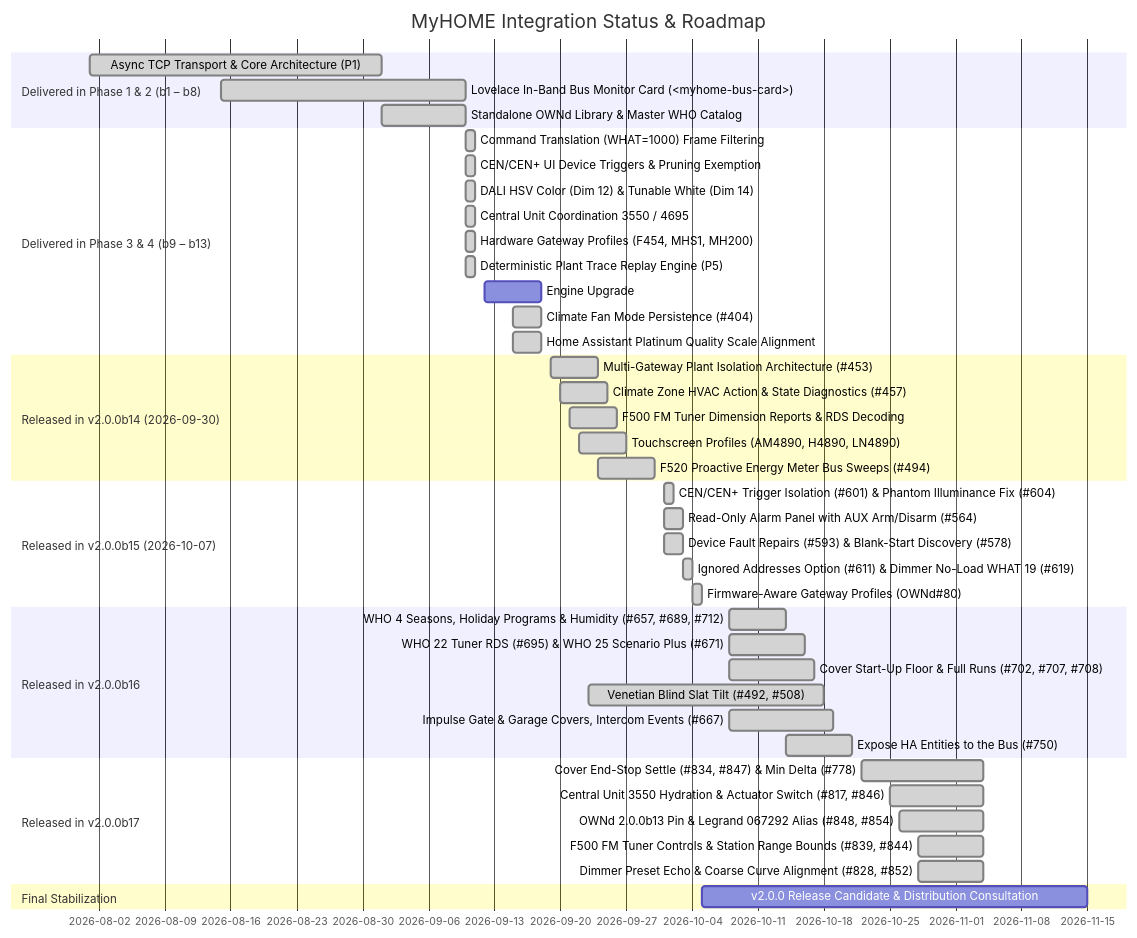
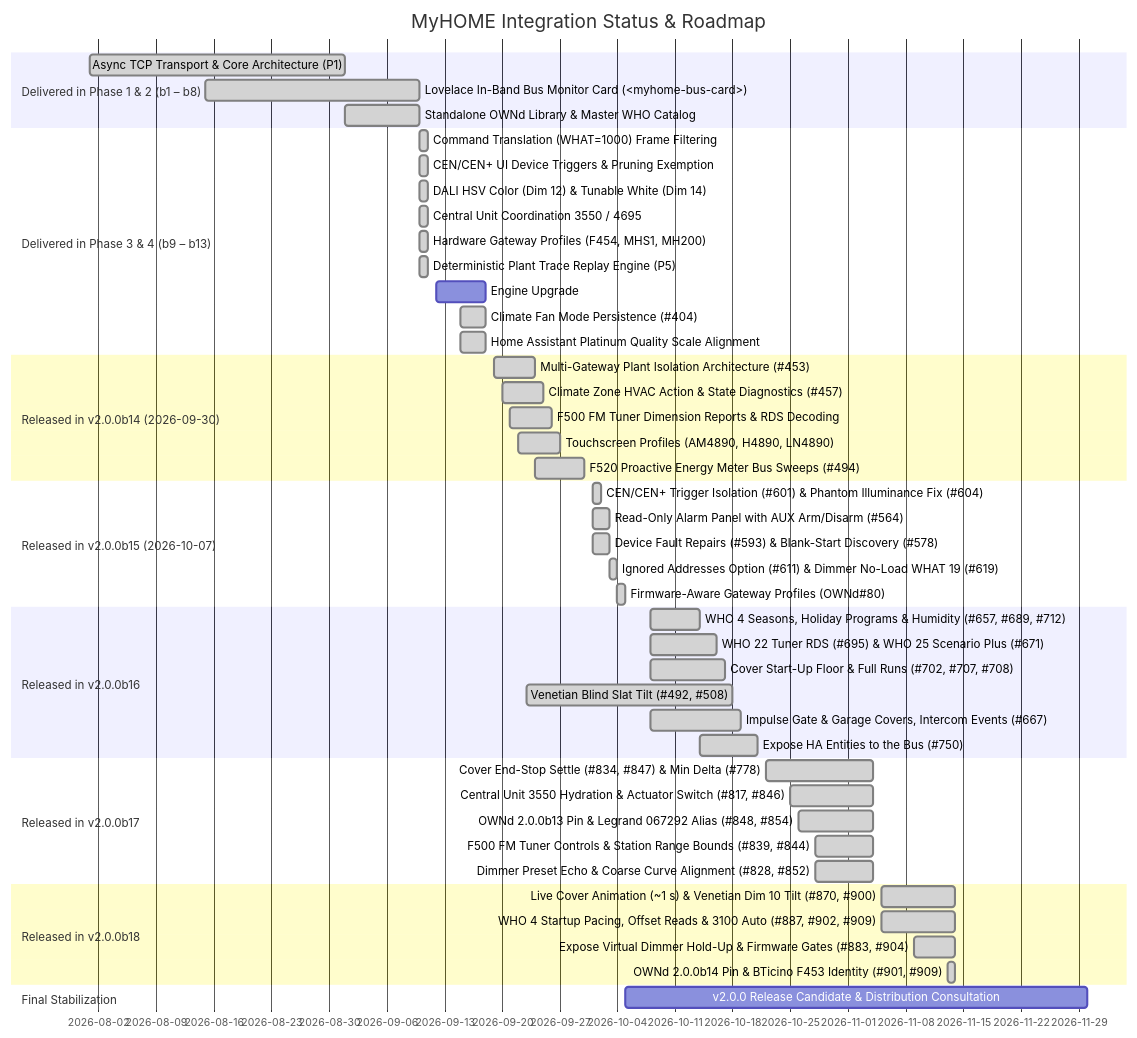
One commit to OpenWebNet-HA/MyHOME changed the first of 3 diagrams in docs/roadmap.md. Above: the diagram before and after it, drawn with Mermaid. The commit also changed other lines of this file and 13 other files, not shown here.

Commit message:
chore(release): 2.0.0b18 version bump, release notes, and README/roadmap refresh

````diff
--- a/docs/roadmap.md
+++ b/docs/roadmap.md
@@ -17,46 +17,51 @@
 ```mermaid
 gantt
     title MyHOME Integration Status & Roadmap
     dateFormat  YYYY-MM-DD
     section Delivered in Phase 1 & 2 (b1 – b8)
     Async TCP Transport & Core Architecture (P1)     :done, 2026-08-01, 2026-09-01
     Lovelace In-Band Bus Monitor Card (<myhome-bus-card>) :done, 2026-08-15, 2026-09-10
     Standalone OWNd Library & Master WHO Catalog     :done, 2026-09-01, 2026-09-10
     section Delivered in Phase 3 & 4 (b9 – b13)
     Command Translation (WHAT=1000) Frame Filtering   :done, 2026-09-10, 2026-09-11
     CEN/CEN+ UI Device Triggers & Pruning Exemption  :done, 2026-09-10, 2026-09-11
     DALI HSV Color (Dim 12) & Tunable White (Dim 14) :done, 2026-09-10, 2026-09-11
     Central Unit Coordination 3550 / 4695            :done, 2026-09-10, 2026-09-11
     Hardware Gateway Profiles (F454, MHS1, MH200)   :done, 2026-09-10, 2026-09-11
     Deterministic Plant Trace Replay Engine (P5)     :done, 2026-09-10, 2026-09-11
     Engine Upgrade: OWNd 2.0.0b8 (HMAC SHA-1/SHA-256) :done, 2026-09-12, 2026-09-18
     Climate Fan Mode Persistence (#404)              :done, 2026-09-15, 2026-09-18
     Home Assistant Platinum Quality Scale Alignment  :done, 2026-09-15, 2026-09-18
     section Released in v2.0.0b14 (2026-09-30)
     Multi-Gateway Plant Isolation Architecture (#453) :done, 2026-09-19, 2026-09-24
     Climate Zone HVAC Action & State Diagnostics (#457) :done, 2026-09-20, 2026-09-25
     F500 FM Tuner Dimension Reports & RDS Decoding   :done, 2026-09-21, 2026-09-26
     Touchscreen Profiles (AM4890, H4890, LN4890)     :done, 2026-09-22, 2026-09-27
     F520 Proactive Energy Meter Bus Sweeps (#494)    :done, 2026-09-24, 2026-09-30
     section Released in v2.0.0b15 (2026-10-07)
     CEN/CEN+ Trigger Isolation (#601) & Phantom Illuminance Fix (#604) :done, 2026-10-01, 2026-10-02
     Read-Only Alarm Panel with AUX Arm/Disarm (#564)  :done, 2026-10-01, 2026-10-03
     Device Fault Repairs (#593) & Blank-Start Discovery (#578) :done, 2026-10-01, 2026-10-03
     Ignored Addresses Option (#611) & Dimmer No-Load WHAT 19 (#619) :done, 2026-10-03, 2026-10-04
     Firmware-Aware Gateway Profiles (OWNd#80)         :done, 2026-10-04, 2026-10-05
     section Released in v2.0.0b16
     WHO 4 Seasons, Holiday Programs & Humidity (#657, #689, #712) :done, 2026-10-08, 2026-10-14
     WHO 22 Tuner RDS (#695) & WHO 25 Scenario Plus (#671) :done, 2026-10-08, 2026-10-16
     Cover Start-Up Floor & Full Runs (#702, #707, #708) :done, 2026-10-08, 2026-10-17
     Venetian Blind Slat Tilt (#492, #508)             :done, 2026-09-23, 2026-10-18
     Impulse Gate & Garage Covers, Intercom Events (#667) :done, 2026-10-08, 2026-10-19
     Expose HA Entities to the Bus (#750)              :done, 2026-10-14, 2026-10-21
     section Released in v2.0.0b17
     Cover End-Stop Settle (#834, #847) & Min Delta (#778) :done, 2026-10-22, 2026-11-04
     Central Unit 3550 Hydration & Actuator Switch (#817, #846) :done, 2026-10-25, 2026-11-04
     OWNd 2.0.0b13 Pin & Legrand 067292 Alias (#848, #854) :done, 2026-10-26, 2026-11-04
     F500 FM Tuner Controls & Station Range Bounds (#839, #844) :done, 2026-10-28, 2026-11-04
     Dimmer Preset Echo & Coarse Curve Alignment (#828, #852) :done, 2026-10-28, 2026-11-04
+    section Released in v2.0.0b18
+    Live Cover Animation (~1 s) & Venetian Dim 10 Tilt (#870, #900) :done, 2026-11-05, 2026-11-14
+    WHO 4 Startup Pacing, Offset Reads & 3100 Auto (#887, #902, #909) :done, 2026-11-05, 2026-11-14
+    Expose Virtual Dimmer Hold-Up & Firmware Gates (#883, #904) :done, 2026-11-09, 2026-11-14
+    OWNd 2.0.0b14 Pin & BTicino F453 Identity (#901, #909) :done, 2026-11-13, 2026-11-14
     section Final Stabilization
-    v2.0.0 Release Candidate & Distribution Consultation :2026-10-05, 2026-11-15
+    v2.0.0 Release Candidate & Distribution Consultation :2026-10-05, 2026-11-30
 ```
````
